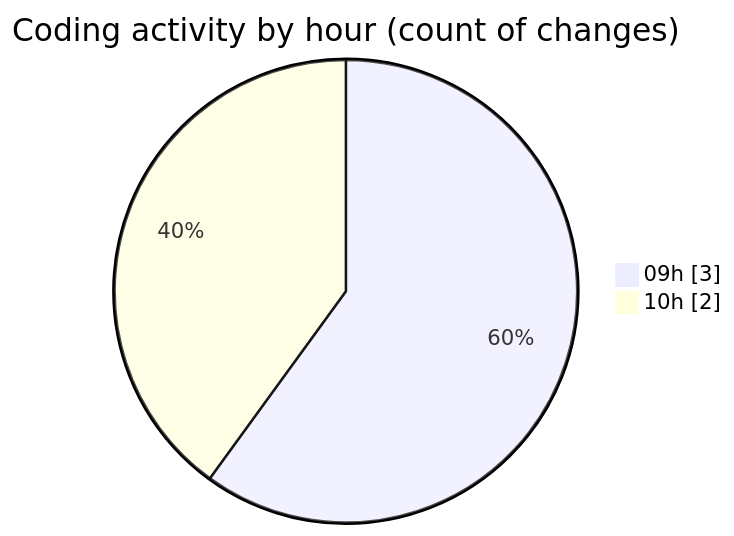
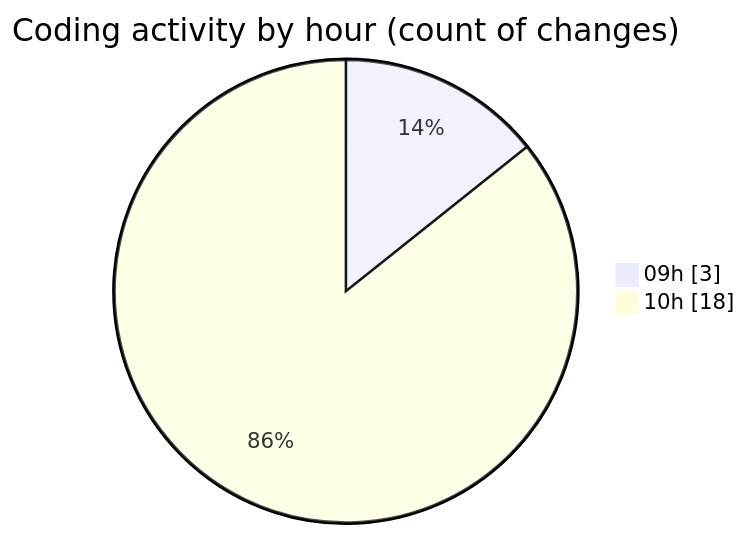
The second of 2 diagrams in 2025-05-19/ecodeli-1/README.md (CELIANVF/code-tracking), drawn with Mermaid before and after one commit. The commit also changed other lines of this file and 1 other file, not shown here.

````diff
--- a/2025-05-19/ecodeli-1/README.md
+++ b/2025-05-19/ecodeli-1/README.md
@@ -30,6 +38,6 @@
 ```mermaid
 pie showData
 title Coding activity by hour (count of changes)
 "09h" : 3
-"10h" : 2
+"10h" : 18
 ```
````
